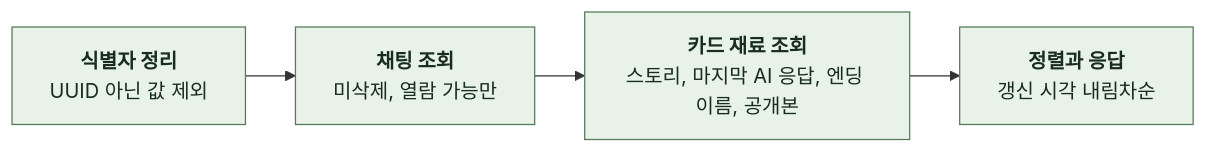
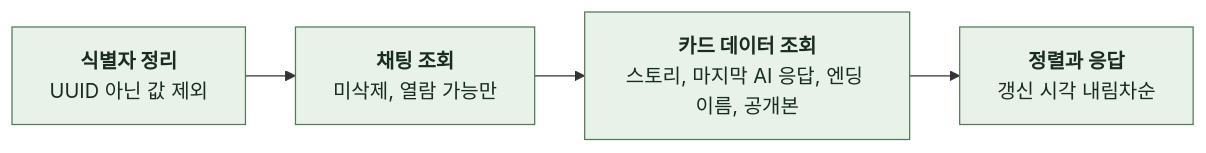
One commit to KIM-N-KANG/knk-harness changed the second of 12 diagrams in docs/domain/CHAT/BACKEND/4-1-PIPELINES.md. Above: the diagram before and after it, drawn with Mermaid. The commit also changed other lines of this file and 14 other files, not shown here.

````diff
--- a/docs/domain/CHAT/BACKEND/4-1-PIPELINES.md
+++ b/docs/domain/CHAT/BACKEND/4-1-PIPELINES.md
@@ -86,13 +86,13 @@
 ```mermaid
 %%{init: {"flowchart": {"curve": "basis", "nodeSpacing": 24, "rankSpacing": 40}}}%%
 flowchart LR
     A["`**식별자 정리**
 UUID 아닌 값 제외`"] --> B["`**채팅 조회**
 미삭제, 열람 가능만`"]
-    B --> C["`**카드 재료 조회**
+    B --> C["`**카드 데이터 조회**
 스토리, 마지막 AI 응답, 엔딩 이름, 공개본`"]
     C --> D["`**정렬과 응답**
 갱신 시각 내림차순`"]
     classDef comp fill:#E8F2E8,stroke:#527A59,color:#182D1D
     class A,B,C,D comp
 ```
````
